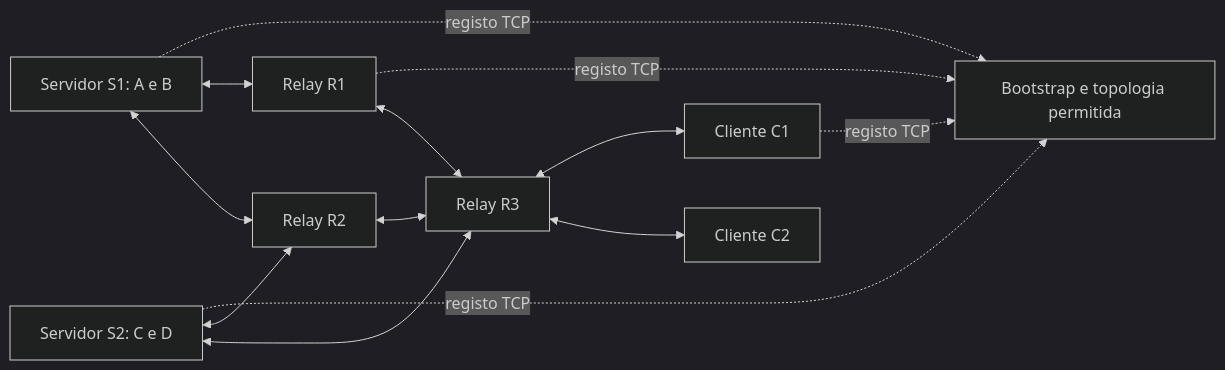
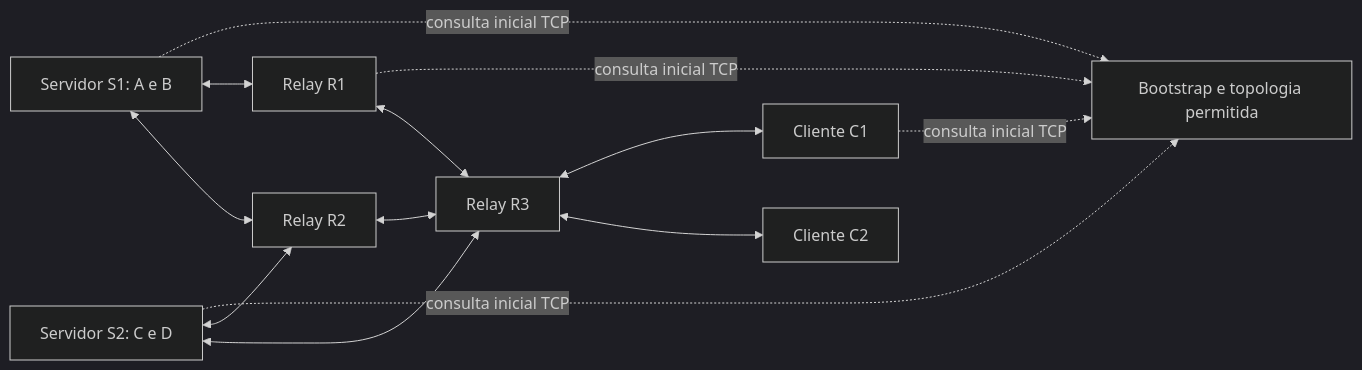
Before and after one commit to goncalo162/ESR---TP2: the diagram in docs/04-ARCHITECTURE.md, drawn with Mermaid (dark theme). The commit also changed other lines of this file and 41 other files, not shown here.

```diff
--- a/docs/04-ARCHITECTURE.md
+++ b/docs/04-ARCHITECTURE.md
@@ -7,23 +7,23 @@
 ~~~mermaid
 flowchart LR
   B[Bootstrap e topologia permitida]
   S1[Servidor S1: A e B]
   S2[Servidor S2: C e D]
   R1[Relay R1]
   R2[Relay R2]
   R3[Relay R3]
   C1[Cliente C1]
   C2[Cliente C2]
-  S1 -. registo TCP .-> B
-  R1 -. registo TCP .-> B
-  S2 -. registo TCP .-> B
-  C1 -. registo TCP .-> B
+  S1 -. consulta inicial TCP .-> B
+  R1 -. consulta inicial TCP .-> B
+  S2 -. consulta inicial TCP .-> B
+  C1 -. consulta inicial TCP .-> B
   S1 <--> R1
   S1 <--> R2
   S2 <--> R2
   S2 <--> R3
   R1 <--> R3
   R2 <--> R3
   R3 <--> C1
   R3 <--> C2
 ~~~
```
